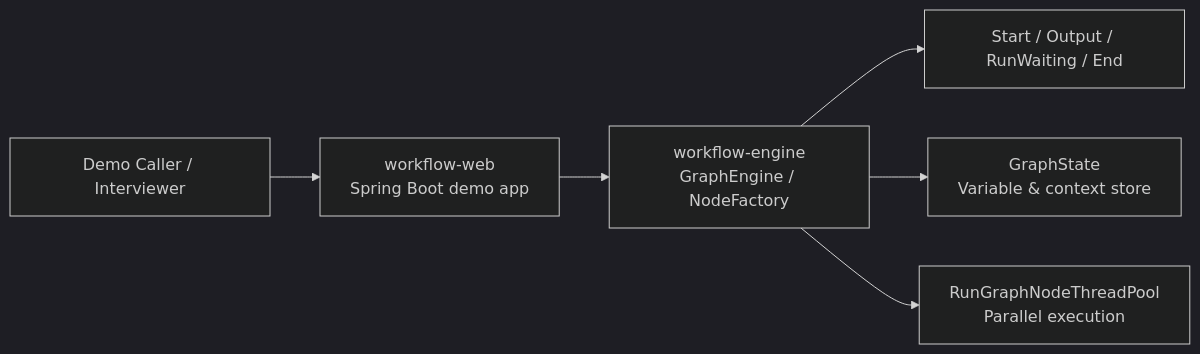
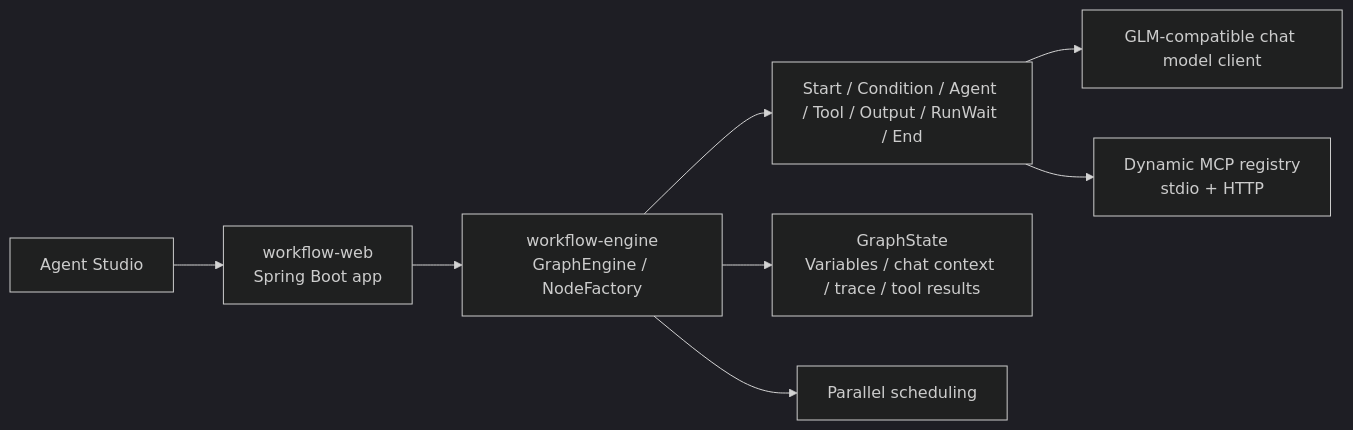
One commit to wangyingqi-x/workflow-showcase-platform changed the diagram in README.md. Above: the diagram before and after it, drawn with Mermaid (dark theme). The commit also changed other lines of this file and 150 other files, not shown here.

````diff
--- a/README.md
+++ b/README.md
@@ -43,8 +67,10 @@
 ```mermaid
 flowchart LR
-    Client["Demo Caller / Interviewer"] --> Web["workflow-web\nSpring Boot demo app"]
+    Browser["Agent Studio"] --> Web["workflow-web\nSpring Boot app"]
     Web --> Engine["workflow-engine\nGraphEngine / NodeFactory"]
-    Engine --> Nodes["Start / Output / RunWaiting / End"]
-    Engine --> State["GraphState\nVariable & context store"]
-    Engine --> Pool["RunGraphNodeThreadPool\nParallel execution"]
+    Engine --> Nodes["Start / Condition / Agent / Tool / Output / RunWait / End"]
+    Engine --> State["GraphState\nVariables / chat context / trace / tool results"]
+    Engine --> Pool["Parallel scheduling"]
+    Nodes --> LLM["GLM-compatible chat model client"]
+    Nodes --> MCP["Dynamic MCP registry\nstdio + HTTP"]
 ```
````
